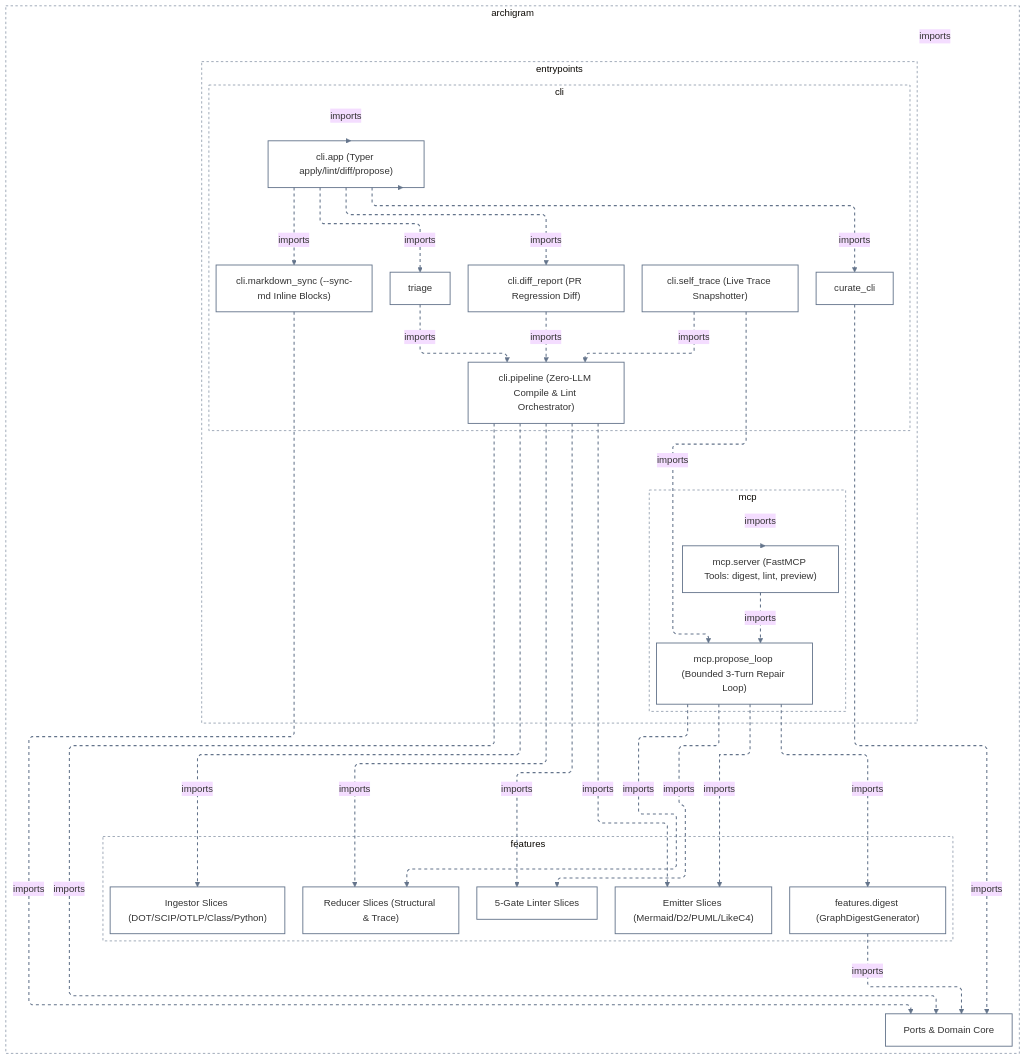
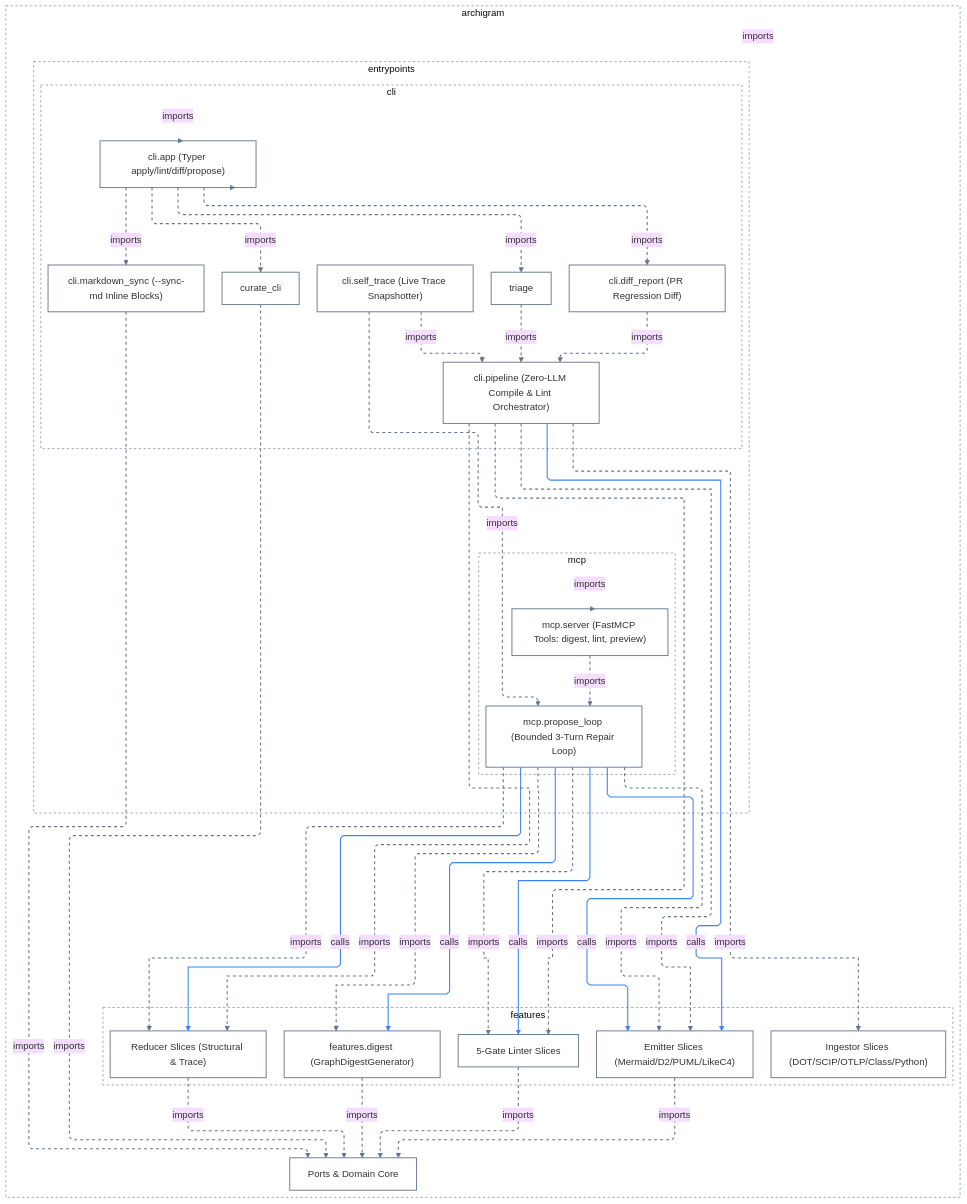
Before and after one commit to klcd/archigram: the fifth of 5 diagrams in docs/architecture/L2-subsystem-guides.md, drawn with Mermaid (base theme). The commit also changed other lines of this file and 44 other files, not shown here.

````diff
--- a/docs/architecture/L2-subsystem-guides.md
+++ b/docs/architecture/L2-subsystem-guides.md
@@ -322,69 +323,77 @@
 ```mermaid
 ---
 config:
   layout: elk
   elk:
     mergeEdges: false
     nodePlacementStrategy: BRANDES_KOEPF
   flowchart:
     defaultRenderer: elk
     curve: linear
 ---
 flowchart TD
   classDef default fill:transparent,stroke:#64748b,stroke-width:1.5px
   subgraph n0["archigram"]
     subgraph n1["entrypoints"]
       subgraph n2["cli"]
         n3["curate_cli"]
         n4["triage"]
         n7["cli.app (Typer apply/lint/diff/propose)"]
         n8["cli.diff_report (PR Regression Diff)"]
         n9["cli.markdown_sync (--sync-md Inline Blocks)"]
         n10["cli.pipeline (Zero-LLM Compile & Lint Orchestrator)"]
         n11["cli.self_trace (Live Trace Snapshotter)"]
       end
       subgraph n5["mcp"]
         n17["mcp.propose_loop (Bounded 3-Turn Repair Loop)"]
         n18["mcp.server (FastMCP Tools: digest, lint, preview)"]
       end
     end
     subgraph n6["features"]
       n12["features.digest (GraphDigestGenerator)"]
       n13["Emitter Slices (Mermaid/D2/PUML/LikeC4)"]
       n14["Ingestor Slices (DOT/SCIP/OTLP/Class/Python)"]
       n15["5-Gate Linter Slices"]
       n16["Reducer Slices (Structural & Trace)"]
     end
     n19["Ports & Domain Core"]
   end
   style n0 fill:transparent,stroke:#64748b,stroke-width:1px,stroke-dasharray:4 4
   style n1 fill:transparent,stroke:#64748b,stroke-width:1px,stroke-dasharray:4 4
   style n2 fill:transparent,stroke:#64748b,stroke-width:1px,stroke-dasharray:4 4
   style n5 fill:transparent,stroke:#64748b,stroke-width:1px,stroke-dasharray:4 4
   style n6 fill:transparent,stroke:#64748b,stroke-width:1px,stroke-dasharray:4 4
   n7 -.->|"imports"| n3
   n7 -.->|"imports"| n4
   n2 -.->|"imports"| n7
   n7 -.->|"imports"| n0
   n8 -.->|"imports"| n10
   n7 -.->|"imports"| n8
   n7 -.->|"imports"| n9
   n4 -.->|"imports"| n10
   n11 -.->|"imports"| n10
+  n17 -->|"calls"| n12
   n17 -.->|"imports"| n12
   n17 -.->|"imports"| n13
   n10 -.->|"imports"| n13
+  n10 -->|"calls"| n13
+  n17 -->|"calls"| n13
   n10 -.->|"imports"| n14
+  n17 -->|"calls"| n15
   n17 -.->|"imports"| n15
   n10 -.->|"imports"| n15
   n11 -.->|"imports"| n17
   n18 -.->|"imports"| n17
   n5 -.->|"imports"| n18
   n12 -.->|"imports"| n19
+  n15 -.->|"imports"| n19
   n9 -.->|"imports"| n19
+  n13 -.->|"imports"| n19
   n3 -.->|"imports"| n19
-  n10 -.->|"imports"| n19
+  n16 -.->|"imports"| n19
+  n17 -->|"calls"| n16
   n17 -.->|"imports"| n16
   n10 -.->|"imports"| n16
-  linkStyle 0,1,2,3,4,5,6,7,8,9,10,11,12,13,14,15,16,17,18,19,20,21,22,23 stroke:#64748b,stroke-width:1.75px,stroke-dasharray:5 5
+  linkStyle 0,1,2,3,4,5,6,7,8,10,11,12,15,17,18,19,20,21,22,23,24,25,26,27,29,30 stroke:#64748b,stroke-width:1.75px,stroke-dasharray:5 5
+  linkStyle 9,13,14,16,28 stroke:#3b82f6,stroke-width:1.75px
 ```
````
